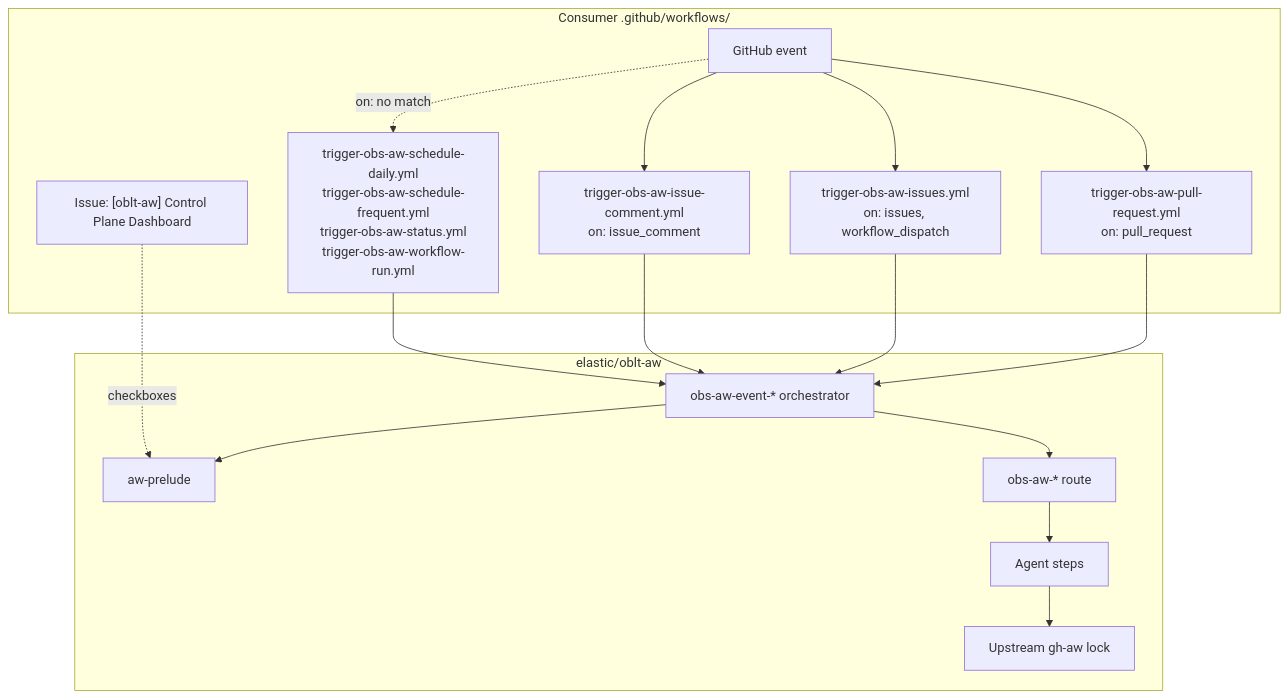
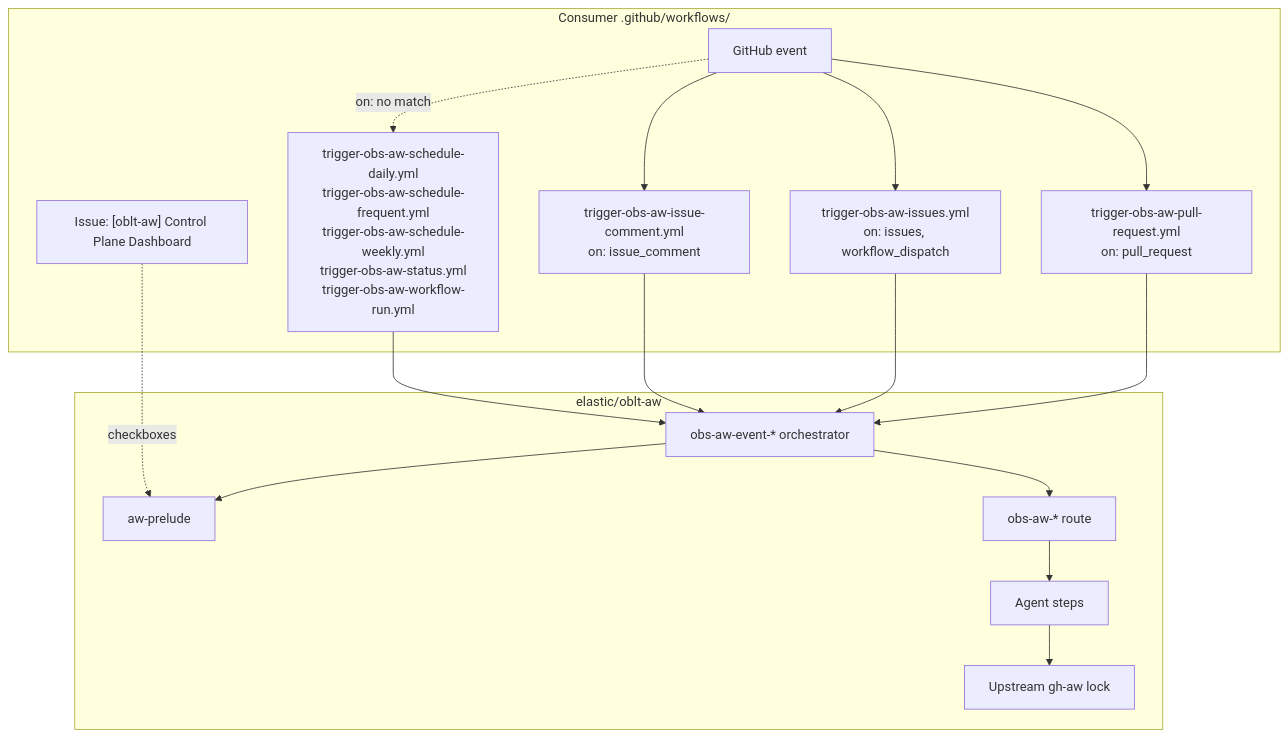
One commit to elastic/oblt-aw changed the diagram in docs/workflows/obs-aw-client-template.md. Above: the diagram before and after it, drawn with Mermaid. The commit also changed other lines of this file and 19 other files, not shown here.

````diff
--- a/docs/workflows/obs-aw-client-template.md
+++ b/docs/workflows/obs-aw-client-template.md
@@ -21,32 +21,32 @@
 ```mermaid
 flowchart TB
   subgraph Consumer["Consumer .github/workflows/"]
     EVT["GitHub event"]
     C_PR["trigger-obs-aw-pull-request.yml\non: pull_request"]
     C_ISS["trigger-obs-aw-issues.yml\non: issues, workflow_dispatch"]
     C_COM["trigger-obs-aw-issue-comment.yml\non: issue_comment"]
-    C_SCH["trigger-obs-aw-schedule-daily.yml\ntrigger-obs-aw-schedule-frequent.yml\ntrigger-obs-aw-status.yml\ntrigger-obs-aw-workflow-run.yml"]
+    C_SCH["trigger-obs-aw-schedule-daily.yml\ntrigger-obs-aw-schedule-frequent.yml\ntrigger-obs-aw-schedule-weekly.yml\ntrigger-obs-aw-status.yml\ntrigger-obs-aw-workflow-run.yml"]
     DASH["Issue: [oblt-aw] Control Plane Dashboard"]
     EVT --> C_PR
     EVT --> C_ISS
     EVT --> C_COM
     EVT -.->|on: no match| C_SCH
   end
 
   subgraph OBLT["elastic/oblt-aw"]
     ORCH["obs-aw-event-* orchestrator"]
     CTX["aw-prelude"]
     R["obs-aw-* route"]
     AG["Agent steps"]
     LOCK["Upstream gh-aw lock"]
     ORCH --> CTX
     ORCH --> R
     R --> AG --> LOCK
   end
 
   DASH -.->|checkboxes| CTX
   C_PR --> ORCH
   C_ISS --> ORCH
   C_COM --> ORCH
   C_SCH --> ORCH
 ```
````
